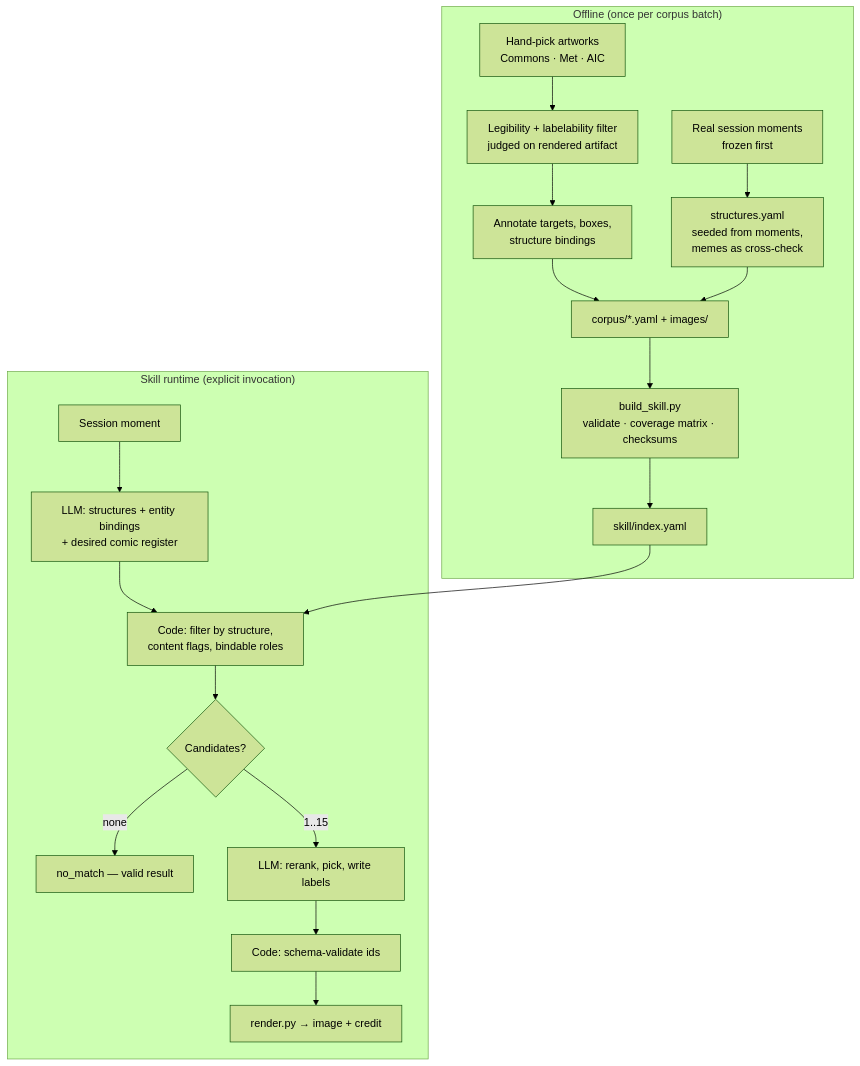
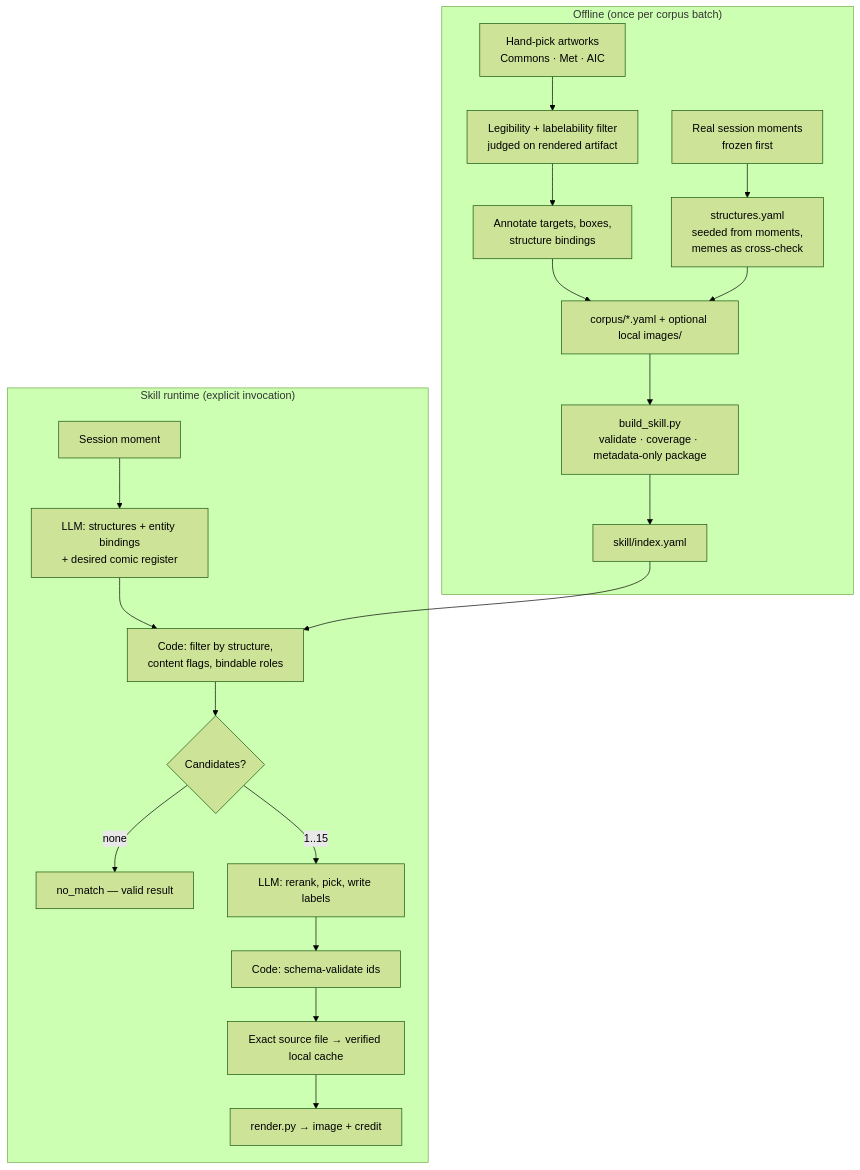
Before and after one commit to Token-Smelter/goodvibes.art-meme: the diagram in DESIGN.md, drawn with Mermaid (forest theme). The commit also changed other lines of this file and 7 other files, not shown here.

Commit message:
Download artwork on demand and share an image-free skill

````diff
--- a/DESIGN.md
+++ b/DESIGN.md
@@ -37,23 +37,24 @@
 ```mermaid
 flowchart TB
     subgraph Offline["Offline (once per corpus batch)"]
         Moments["Real session moments<br/>frozen first"] --> Registry["structures.yaml<br/>seeded from moments,<br/>memes as cross-check"]
         Pick["Hand-pick artworks<br/>Commons · Met · AIC"] --> Filter["Legibility + labelability filter<br/>judged on rendered artifact"]
         Filter --> Annotate["Annotate targets, boxes,<br/>structure bindings"]
-        Annotate --> Corpus["corpus/*.yaml + images/"]
+        Annotate --> Corpus["corpus/*.yaml + optional local images/"]
         Registry --> Corpus
-        Corpus --> Build["build_skill.py<br/>validate · coverage matrix · checksums"]
+        Corpus --> Build["build_skill.py<br/>validate · coverage · metadata-only package"]
         Build --> Index["skill/index.yaml"]
     end
 
     subgraph Runtime["Skill runtime (explicit invocation)"]
         Context["Session moment"] --> Distill["LLM: structures + entity bindings<br/>+ desired comic register"]
         Distill --> Gate["Code: filter by structure,<br/>content flags, bindable roles"]
         Index --> Gate
         Gate --> Empty{"Candidates?"}
         Empty -->|none| Abstain["no_match — valid result"]
         Empty -->|1..15| Rerank["LLM: rerank, pick, write labels"]
         Rerank --> Validate["Code: schema-validate ids"]
-        Validate --> Render["render.py → image + credit"]
+        Validate --> Cache["Exact source file → verified local cache"]
+        Cache --> Render["render.py → image + credit"]
     end
 ```
````
